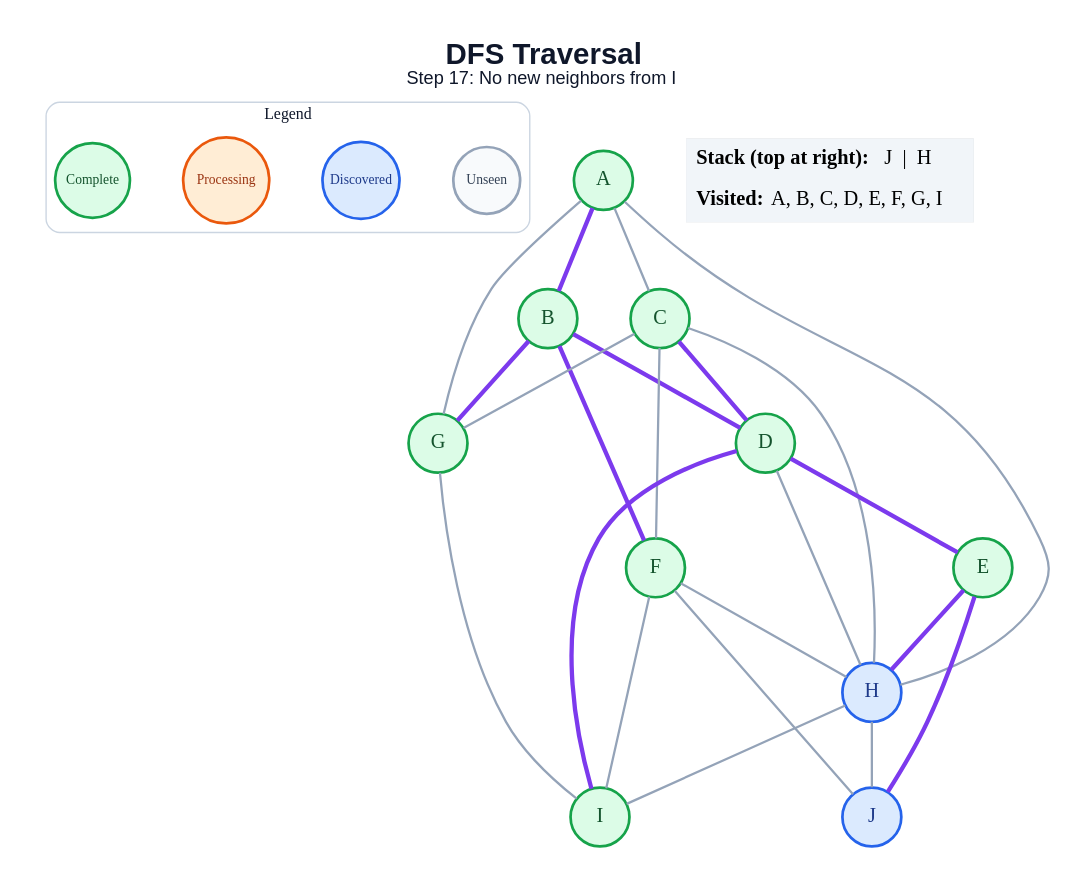
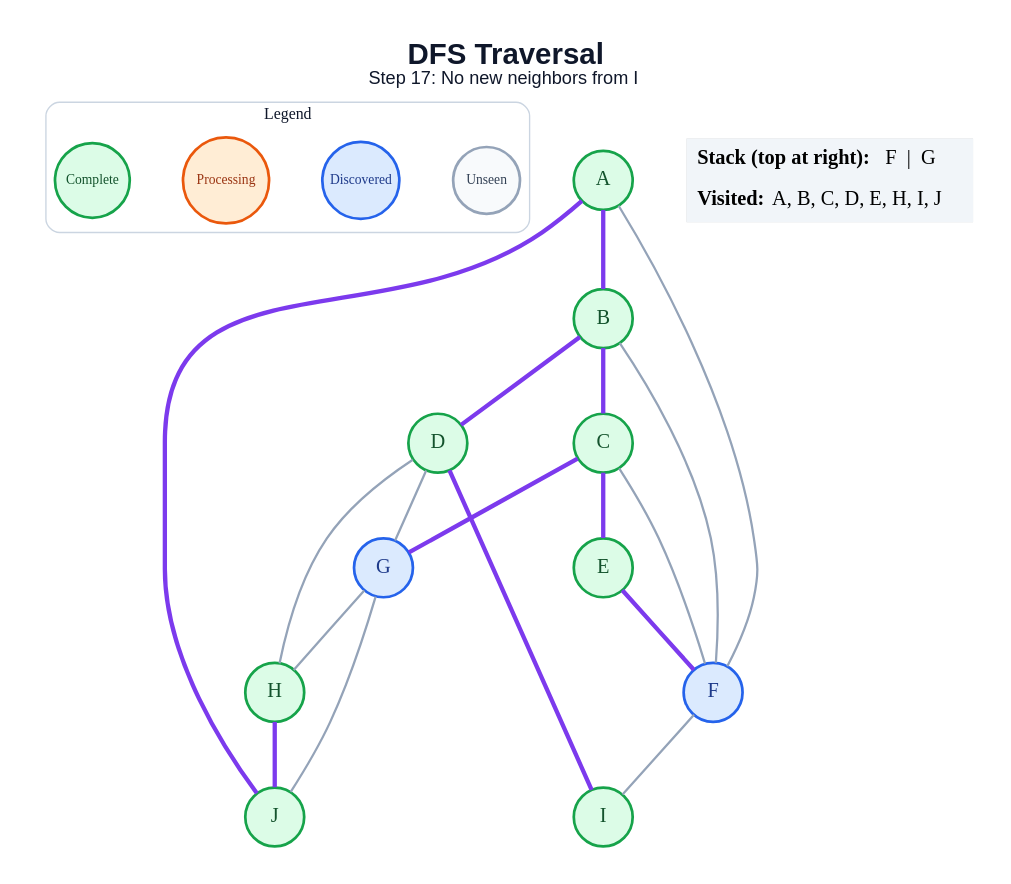
One commit to anon7238593-create/ai-slop changed the diagram in generated/specific-node/dfs/step_17.dot. Above: the diagram before and after it, drawn with Graphviz. The commit also changed 178 other files, not shown here.

```diff
--- a/generated/specific-node/dfs/step_17.dot
+++ b/generated/specific-node/dfs/step_17.dot
@@ -1,51 +1,46 @@
 graph traversal {
   graph [layout=dot, rankdir=TB, bgcolor="#FFFFFF", pad="0.35", nodesep="0.65", ranksep="0.8", fontname="Arial"];
   node [shape=circle, style="filled", fontname="Arial Bold", fontsize=18, width=0.72, fixedsize=true, penwidth=2.4];
   edge [color="#94A3B8", penwidth=2.0];
   label=<<B>DFS Traversal</B><BR/><FONT POINT-SIZE="16">Step 17: No new neighbors from I</FONT>>; labelloc="t"; fontsize=26; fontname="Arial"; fontcolor="#0F172A";
   subgraph cluster_legend { label="Legend"; color="#CBD5E1"; penwidth=1.2; style="rounded"; fontsize=14; fontname="Arial Bold";
     key_unseen [label="Unseen", fillcolor="#F8FAFC", color="#94A3B8", fontcolor="#334155", fontsize=12, width=0.82];
     key_frontier [label="Discovered", fillcolor="#DBEAFE", color="#2563EB", fontcolor="#1E3A8A", fontsize=12, width=0.95];
     key_current [label="Processing", fillcolor="#FFEDD5", color="#EA580C", fontcolor="#9A3412", fontsize=12, width=1.05];
     key_done [label="Complete", fillcolor="#DCFCE7", color="#16A34A", fontcolor="#14532D", fontsize=12, width=0.92];
     { rank=same; key_unseen; key_frontier; key_current; key_done; }
   }
   A [fillcolor="#DCFCE7", color="#16A34A", fontcolor="#14532D"];
   B [fillcolor="#DCFCE7", color="#16A34A", fontcolor="#14532D"];
   C [fillcolor="#DCFCE7", color="#16A34A", fontcolor="#14532D"];
   D [fillcolor="#DCFCE7", color="#16A34A", fontcolor="#14532D"];
   E [fillcolor="#DCFCE7", color="#16A34A", fontcolor="#14532D"];
-  F [fillcolor="#DCFCE7", color="#16A34A", fontcolor="#14532D"];
-  G [fillcolor="#DCFCE7", color="#16A34A", fontcolor="#14532D"];
-  H [fillcolor="#DBEAFE", color="#2563EB", fontcolor="#1E3A8A"];
+  F [fillcolor="#DBEAFE", color="#2563EB", fontcolor="#1E3A8A"];
+  G [fillcolor="#DBEAFE", color="#2563EB", fontcolor="#1E3A8A"];
+  H [fillcolor="#DCFCE7", color="#16A34A", fontcolor="#14532D"];
   I [fillcolor="#DCFCE7", color="#16A34A", fontcolor="#14532D"];
-  J [fillcolor="#DBEAFE", color="#2563EB", fontcolor="#1E3A8A"];
+  J [fillcolor="#DCFCE7", color="#16A34A", fontcolor="#14532D"];
   A -- B [color="#7C3AED", penwidth=3.8];
-  A -- C;
-  A -- G;
-  A -- H;
+  A -- F;
+  A -- J [color="#7C3AED", penwidth=3.8];
+  B -- C [color="#7C3AED", penwidth=3.8];
   B -- D [color="#7C3AED", penwidth=3.8];
-  B -- F [color="#7C3AED", penwidth=3.8];
-  B -- G [color="#7C3AED", penwidth=3.8];
-  C -- D [color="#7C3AED", penwidth=3.8];
+  B -- F;
+  C -- E [color="#7C3AED", penwidth=3.8];
   C -- F;
-  C -- G;
-  C -- H;
-  D -- E [color="#7C3AED", penwidth=3.8];
+  C -- G [color="#7C3AED", penwidth=3.8];
+  D -- G;
   D -- H;
   D -- I [color="#7C3AED", penwidth=3.8];
-  E -- H [color="#7C3AED", penwidth=3.8];
-  E -- J [color="#7C3AED", penwidth=3.8];
-  F -- H;
+  E -- F [color="#7C3AED", penwidth=3.8];
   F -- I;
-  F -- J;
-  G -- I;
-  H -- I;
-  H -- J;
+  G -- H;
+  G -- J;
+  H -- J [color="#7C3AED", penwidth=3.8];
   status [shape=plain, fixedsize=false, width=0, height=0, margin=0, label=<
     <TABLE BORDER="0" CELLBORDER="0" CELLPADDING="7" BGCOLOR="#F1F5F9">
-      <TR><TD ALIGN="LEFT"><B>Stack (top at right):</B> J  |  H</TD></TR>
-      <TR><TD ALIGN="LEFT"><B>Visited:</B> A, B, C, D, E, F, G, I</TD></TR>
+      <TR><TD ALIGN="LEFT"><B>Stack (top at right):</B> F  |  G</TD></TR>
+      <TR><TD ALIGN="LEFT"><B>Visited:</B> A, B, C, D, E, H, I, J</TD></TR>
     </TABLE>
   >];
 }
```
